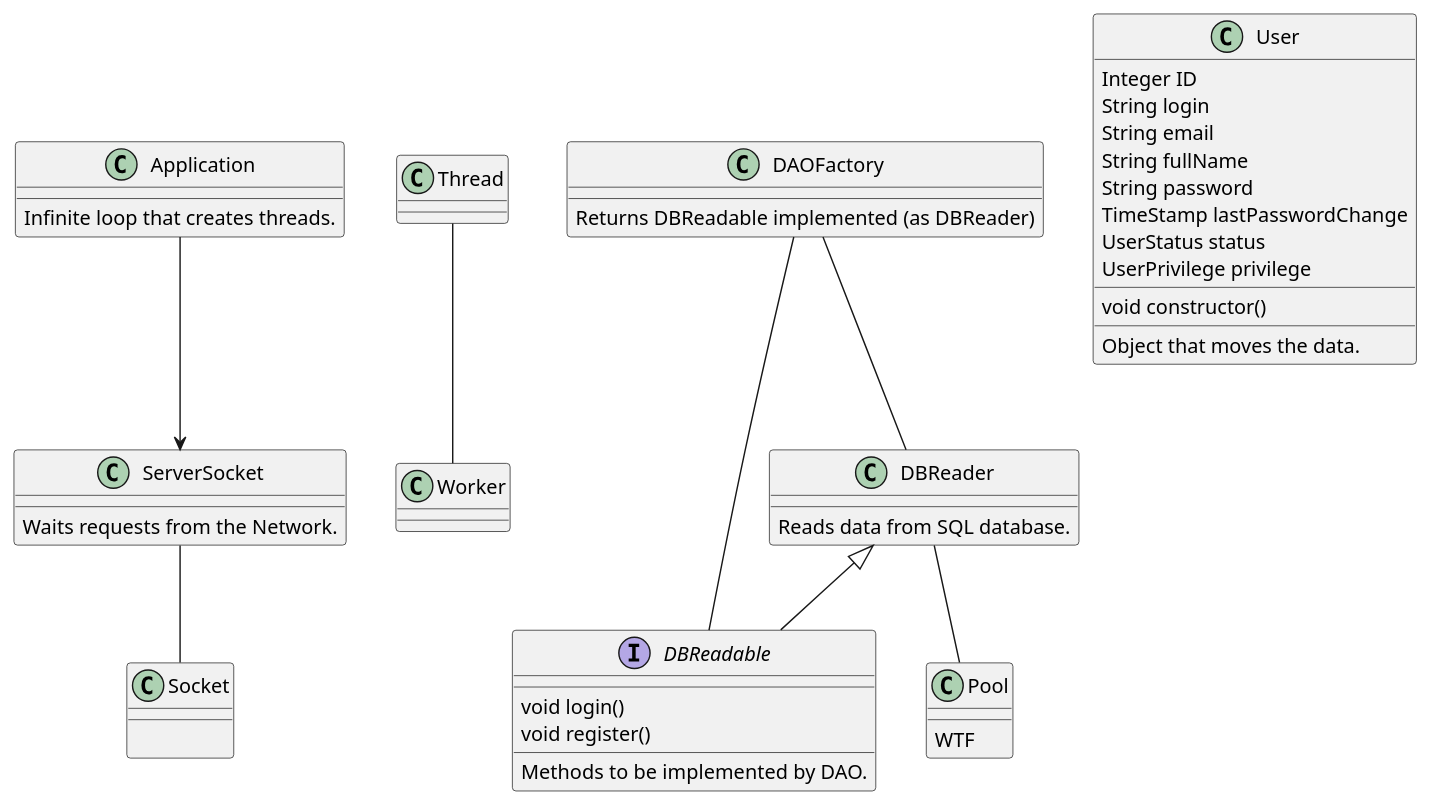
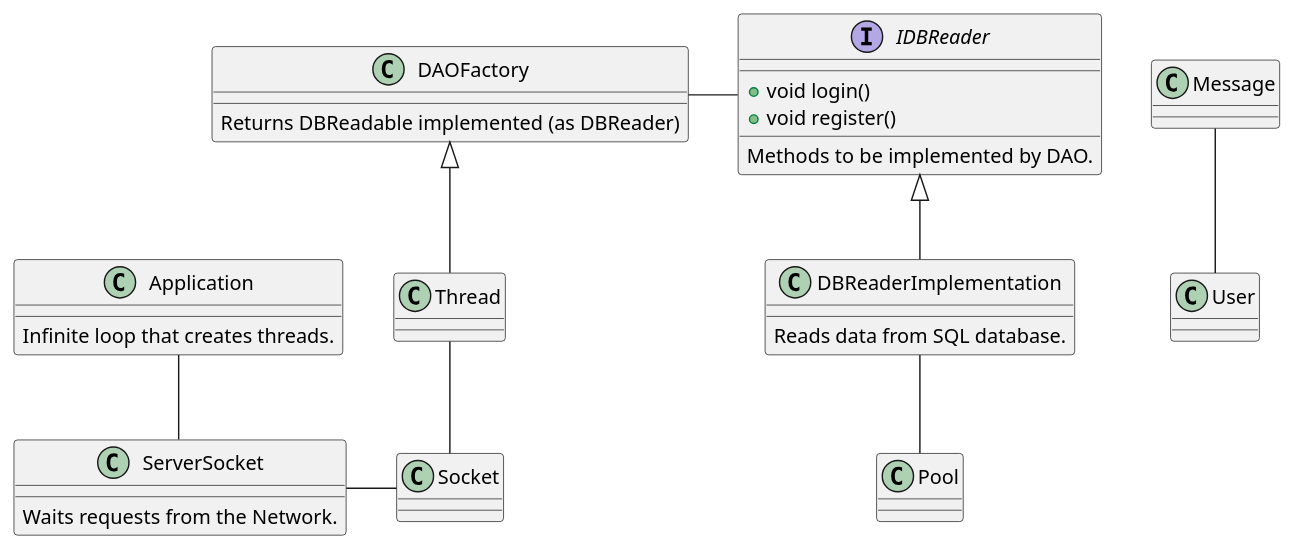
One commit to optickx/ClientReto1 changed the diagram in uml/server.puml. Above: the diagram before and after it, drawn with PlantUML. The commit also changed 3 other files, not shown here.

Commit message:
changes at diagram

```diff
--- a/uml/server.puml
+++ b/uml/server.puml
@@ -1,73 +1,55 @@
 @startuml server
 
+skinparam linetype ortho
 
 class Application {
     __
     Infinite loop that creates threads.
 }
-
-
 
 class ServerSocket {
     __
     Waits requests from the Network.
 }
 
 class Socket {
     __
-
 }
 
 class Thread {
-}
-
-class Worker {
 }
 
 class DAOFactory {
     __
     Returns DBReadable implemented (as DBReader)
 }
 
-interface DBReadable {
+interface IDBReader {
     __
-    void login()
-    void register() 
+    +void login()
+    +void register() 
     __
     Methods to be implemented by DAO.
 } 
 
-class DBReader {
+class DBReaderImplementation {
     __
     Reads data from SQL database.
 }
 
 class Pool {
-    __
-    WTF
 }
 
-class User {
-    Integer ID
-    String login
-    String email
-    String fullName
-    String password
-    TimeStamp lastPasswordChange
-    UserStatus status
-    UserPrivilege privilege
-    __
-    void constructor()
-    __
-    Object that moves the data.
-}
+Application -- ServerSocket
+ServerSocket -right- Socket
+Thread -- Socket
 
-Application --> ServerSocket
-ServerSocket -- Socket
-Thread -- Worker
-DAOFactory -- DBReadable
-DBReader <|-- DBReadable
-DAOFactory -- DBReader
+DAOFactory <|-- Thread
+IDBReader -left- DAOFactory
+IDBReader <|-- DBReaderImplementation
+Pool -up- DBReaderImplementation
 
-DBReader -- Pool
+Message -- User
+
+
 @enduml
```
